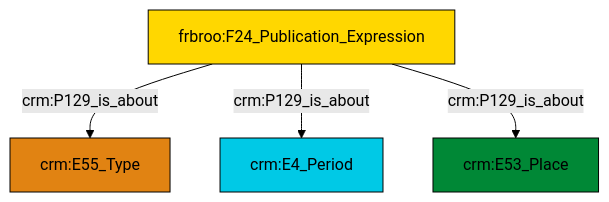
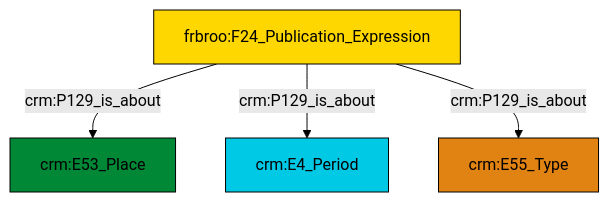
The diagram in et/biblioCSV/ttl/mmd/biblio_aboutness.ttl.mmd (swiss-art-research-net/reference-data-models), drawn with Mermaid (forest theme) before and after one commit. The commit also changed 146 other files, not shown here.

```diff
--- a/et/biblioCSV/ttl/mmd/biblio_aboutness.ttl.mmd
+++ b/et/biblioCSV/ttl/mmd/biblio_aboutness.ttl.mmd
@@ -1,18 +1,18 @@
 graph TD
 classDef Literal fill:#f2f2f2,stroke:#000000;
 classDef CRM_Entity fill:#FFFFFF,stroke:#000000;
 classDef Temporal_Entity fill:#00C9E6, stroke:#000000;
 classDef Type fill:#E18312, stroke:#000000;
 classDef Time-Span fill:#2C9C91, stroke:#000000;
 classDef Appellation fill:#FFEB7F, stroke:#000000;
 classDef Place fill:#008836, stroke:#000000;
 classDef Persistent_Item fill:#B266B2, stroke:#000000;
 classDef Conceptual_Object fill:#FFD700, stroke:#000000;
 classDef Physical_Thing fill:#D2B48C, stroke:#000000;
 classDef Actor fill:#f58aad, stroke:#000000;
 classDef PC_Classes fill:#4ce600, stroke:#000000;
 classDef Multi fill:#cccccc,stroke:#000000;
 
-0["frbroo:F24_Publication_Expression"]:::Conceptual_Object -->|crm:P129_is_about| 1["crm:E55_Type"]:::Type
-0["frbroo:F24_Publication_Expression"]:::Conceptual_Object -->|crm:P129_is_about| 3["crm:E4_Period"]:::Temporal_Entity
-0["frbroo:F24_Publication_Expression"]:::Conceptual_Object -->|crm:P129_is_about| 5["crm:E53_Place"]:::Place
+2["frbroo:F24_Publication_Expression"]:::Conceptual_Object -->|crm:P129_is_about| 0["crm:E53_Place"]:::Place
+2["frbroo:F24_Publication_Expression"]:::Conceptual_Object -->|crm:P129_is_about| 5["crm:E4_Period"]:::Temporal_Entity
+2["frbroo:F24_Publication_Expression"]:::Conceptual_Object -->|crm:P129_is_about| 3["crm:E55_Type"]:::Type
```
